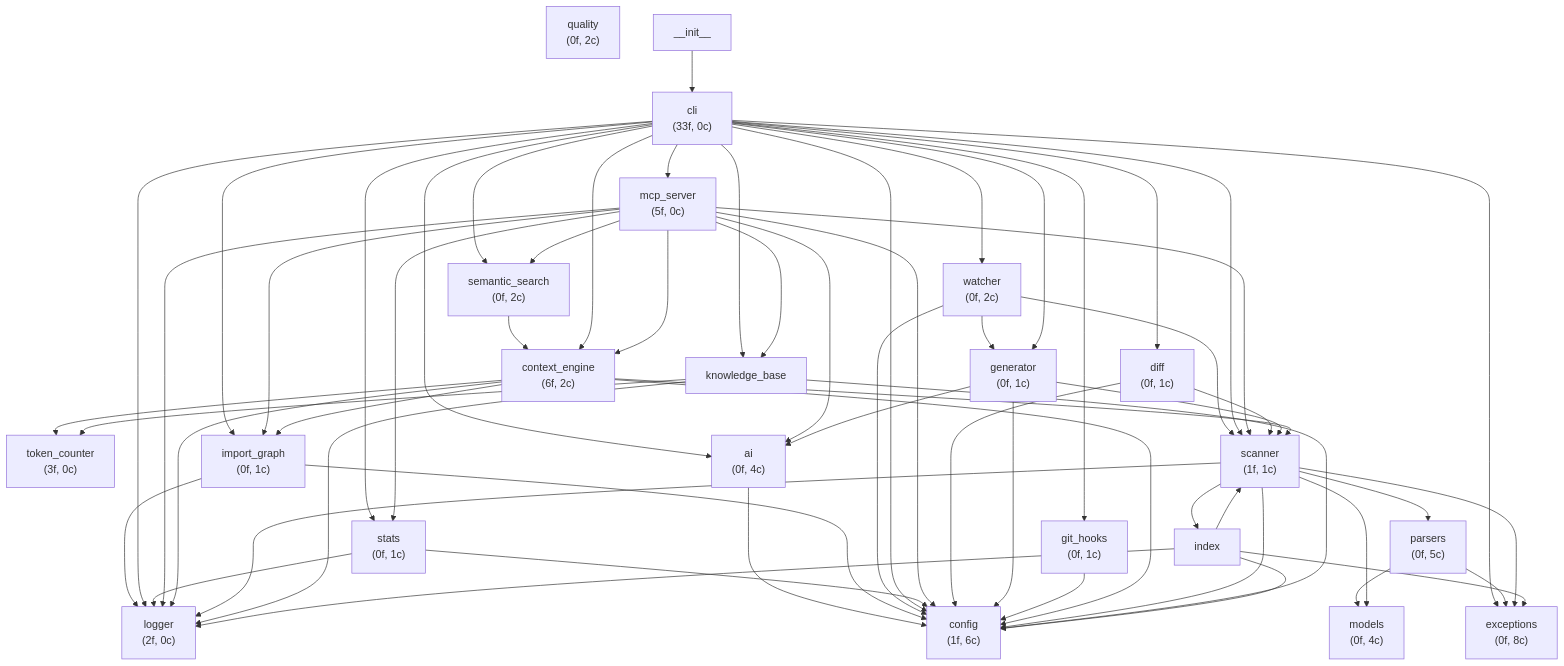
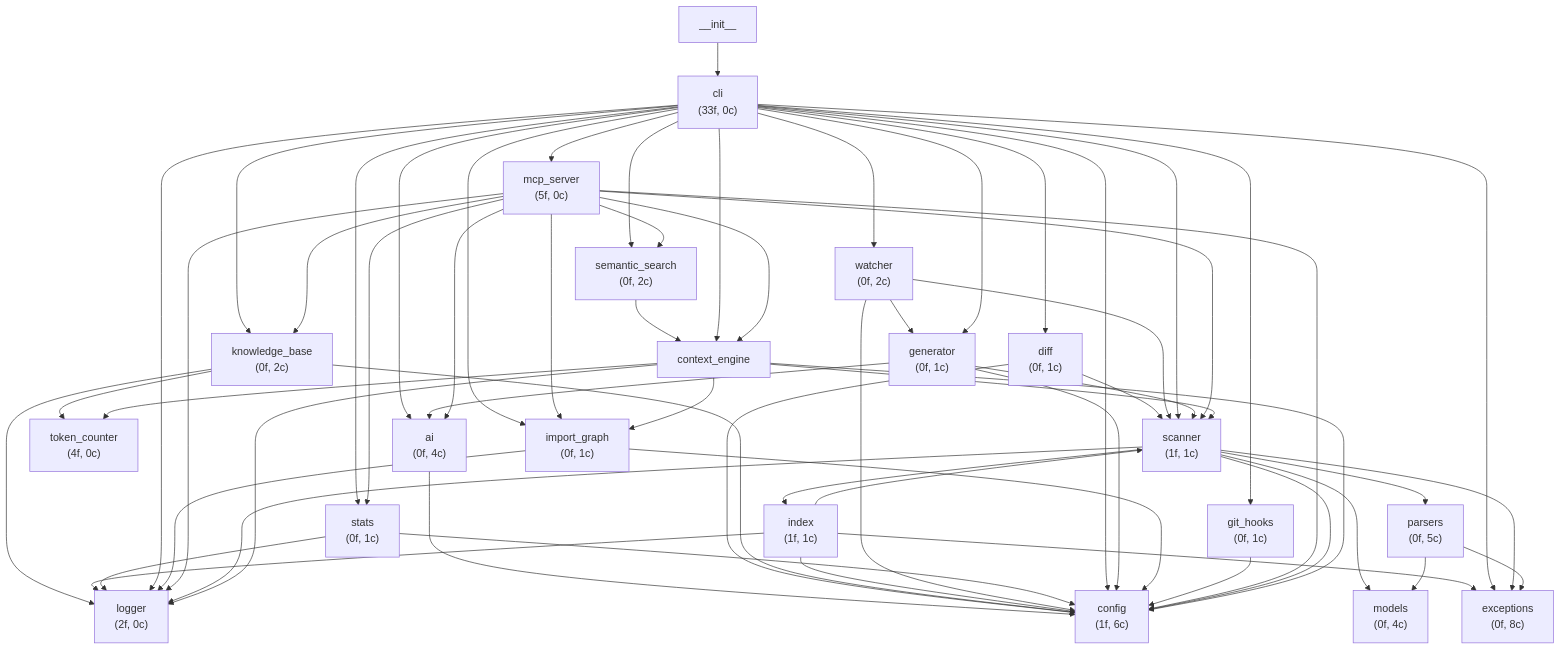
The diagram in docs/architecture.md (sushilk1991/know-cli), drawn with Mermaid before and after one commit. The commit also changed 4 other files, not shown here.

````diff
--- a/docs/architecture.md
+++ b/docs/architecture.md
@@ -3,33 +3,43 @@
 ```mermaid
 graph TB
+    ai["ai\n(0f, 4c)"]
+    diff["diff\n(0f, 1c)"]
+    knowledge_base["knowledge_base\n(0f, 2c)"]
+    index["index\n(1f, 1c)"]
     logger["logger\n(2f, 0c)"]
-    token_counter["token_counter\n(3f, 0c)"]
+    watcher["watcher\n(0f, 2c)"]
+    models["models\n(0f, 4c)"]
+    token_counter["token_counter\n(4f, 0c)"]
+    stats["stats\n(0f, 1c)"]
     semantic_search["semantic_search\n(0f, 2c)"]
-    ai["ai\n(0f, 4c)"]
+    __init__["__init__"]
+    cli["cli\n(33f, 0c)"]
+    generator["generator\n(0f, 1c)"]
+    config["config\n(1f, 6c)"]
     import_graph["import_graph\n(0f, 1c)"]
-    watcher["watcher\n(0f, 2c)"]
-    cli["cli\n(33f, 0c)"]
-    stats["stats\n(0f, 1c)"]
+    exceptions["exceptions\n(0f, 8c)"]
+    git_hooks["git_hooks\n(0f, 1c)"]
     mcp_server["mcp_server\n(5f, 0c)"]
-    exceptions["exceptions\n(0f, 8c)"]
-    diff["diff\n(0f, 1c)"]
-    generator["generator\n(0f, 1c)"]
+    scanner["scanner\n(1f, 1c)"]
     parsers["parsers\n(0f, 5c)"]
-    quality["quality\n(0f, 2c)"]
-    git_hooks["git_hooks\n(0f, 1c)"]
-    context_engine["context_engine\n(6f, 2c)"]
-    config["config\n(1f, 6c)"]
-    __init__["__init__"]
-    models["models\n(0f, 4c)"]
-    scanner["scanner\n(1f, 1c)"]
 
-    semantic_search --> context_engine
     ai --> config
-    import_graph --> logger
-    import_graph --> config
+    diff --> config
+    diff --> scanner
+    knowledge_base --> logger
+    knowledge_base --> config
+    knowledge_base --> token_counter
+    index --> exceptions
+    index --> logger
+    index --> config
+    index --> scanner
     watcher --> config
     watcher --> scanner
     watcher --> generator
+    stats --> logger
+    stats --> config
+    semantic_search --> context_engine
+    __init__ --> cli
     cli --> config
     cli --> scanner
     cli --> generator
@@ -45,8 +55,12 @@
     cli --> knowledge_base
     cli --> stats
     cli --> mcp_server
-    stats --> logger
-    stats --> config
+    generator --> config
+    generator --> scanner
+    generator --> ai
+    import_graph --> logger
+    import_graph --> config
+    git_hooks --> config
     mcp_server --> logger
     mcp_server --> config
     mcp_server --> context_engine
@@ -56,31 +70,17 @@
     mcp_server --> ai
     mcp_server --> import_graph
     mcp_server --> stats
-    diff --> config
-    diff --> scanner
-    generator --> config
-    generator --> scanner
-    generator --> ai
-    parsers --> exceptions
-    parsers --> models
-    git_hooks --> config
-    context_engine --> token_counter
-    context_engine --> logger
-    context_engine --> config
-    context_engine --> scanner
-    context_engine --> import_graph
-    __init__ --> cli
     scanner --> exceptions
     scanner --> logger
     scanner --> parsers
     scanner --> models
     scanner --> config
     scanner --> index
-    knowledge_base --> logger
-    knowledge_base --> config
-    knowledge_base --> token_counter
-    index --> exceptions
-    index --> logger
-    index --> config
-    index --> scanner
+    parsers --> exceptions
+    parsers --> models
+    context_engine --> token_counter
+    context_engine --> logger
+    context_engine --> config
+    context_engine --> scanner
+    context_engine --> import_graph
 ```
````
